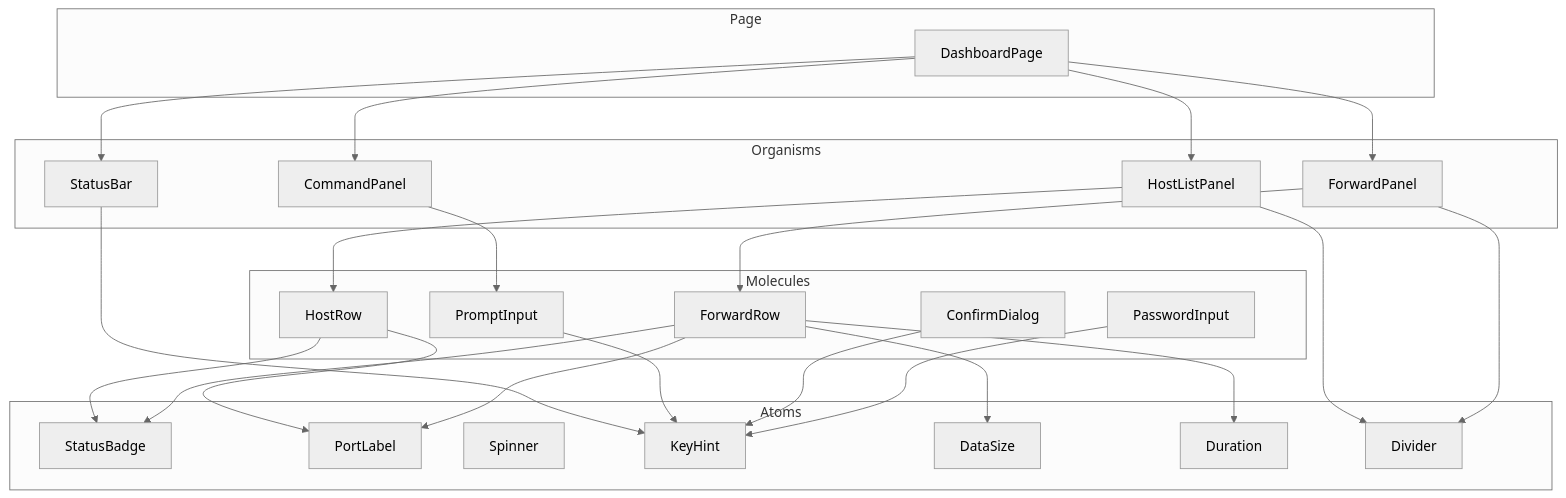
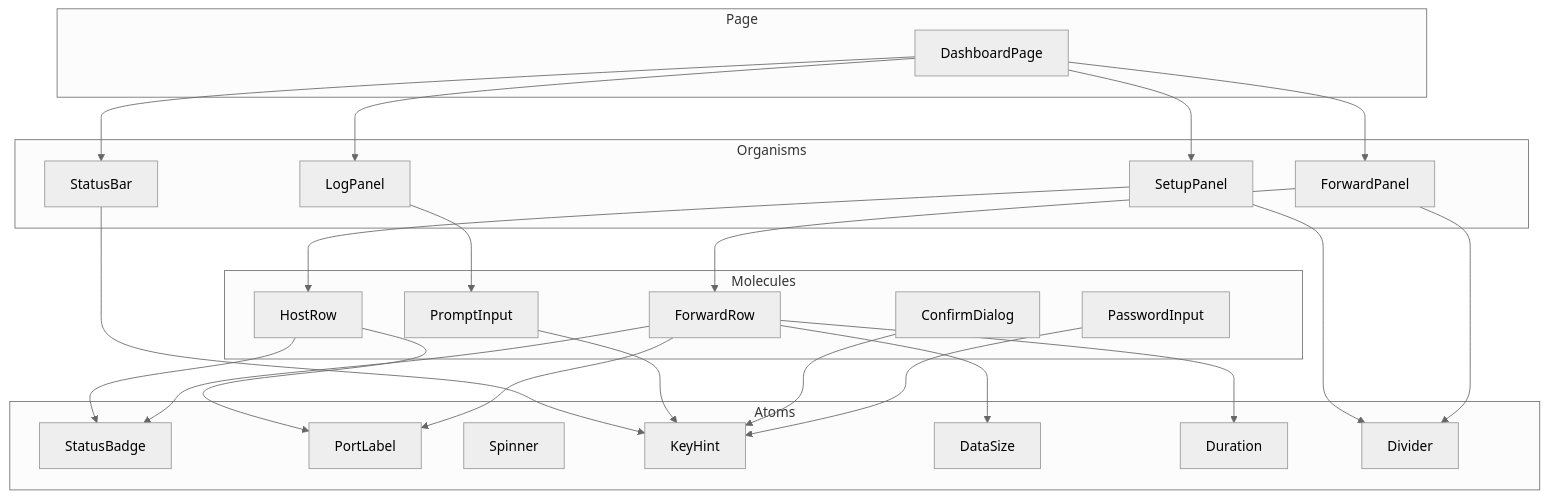
One commit to ousiassllc/MolePort changed the seventh of 14 diagrams in docs/architecture/overview.md. Above: the diagram before and after it, drawn with Mermaid (neutral theme). The commit also changed other lines of this file and 1 other file, not shown here.

Commit message:
docs: アーキテクチャドキュメントの実装との乖離を修正
- Atomic Design 図の Organism コンポーネント名を SetupPanel, LogPanel に修正
- ReconnectConfig の InitialDelay/MaxDelay 型を Duration (core.Duration) に修正
- ディレクトリ構成に credential.go を追加

````diff
--- a/docs/architecture/overview.md
+++ b/docs/architecture/overview.md
@@ -279,53 +279,53 @@
 ```mermaid
 graph TD
     subgraph Page
         Dashboard["DashboardPage"]
     end
 
     subgraph Organisms
-        HLP["HostListPanel"]
+        SP["SetupPanel"]
         FP["ForwardPanel"]
-        CP["CommandPanel"]
+        LP["LogPanel"]
         SB["StatusBar"]
     end
 
     subgraph Molecules
         HR["HostRow"]
         FR["ForwardRow"]
         PI["PromptInput"]
         CD["ConfirmDialog"]
         PW["PasswordInput"]
     end
 
     subgraph Atoms
         Badge["StatusBadge"]
         Port["PortLabel"]
         Spin["Spinner"]
         Key["KeyHint"]
         DS["DataSize"]
         Dur["Duration"]
         Div["Divider"]
     end
 
-    Dashboard --> HLP
+    Dashboard --> SP
     Dashboard --> FP
-    Dashboard --> CP
+    Dashboard --> LP
     Dashboard --> SB
 
-    HLP --> HR
-    HLP --> Div
+    SP --> HR
+    SP --> Div
     FP --> FR
     FP --> Div
-    CP --> PI
+    LP --> PI
     SB --> Key
 
     HR --> Badge
     HR --> Port
     FR --> Port
     FR --> Badge
     FR --> Dur
     FR --> DS
     PI --> Key
     CD --> Key
     PW --> Key
 ```
````
